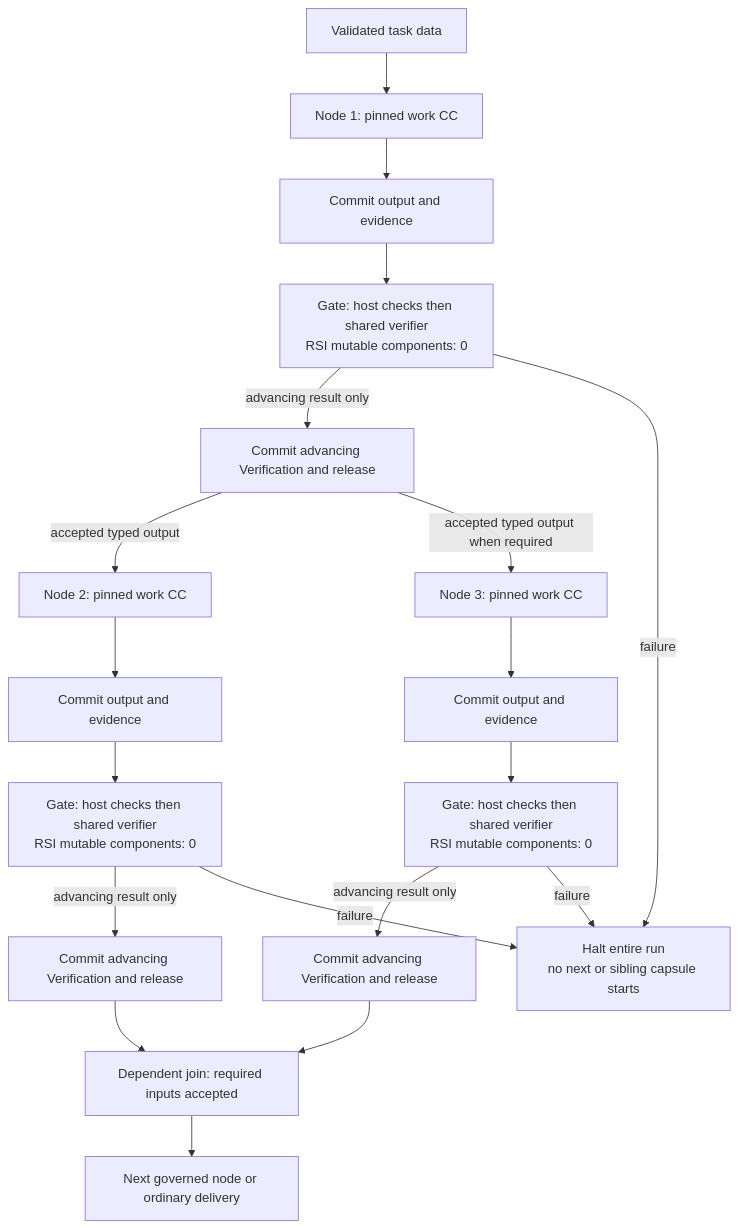
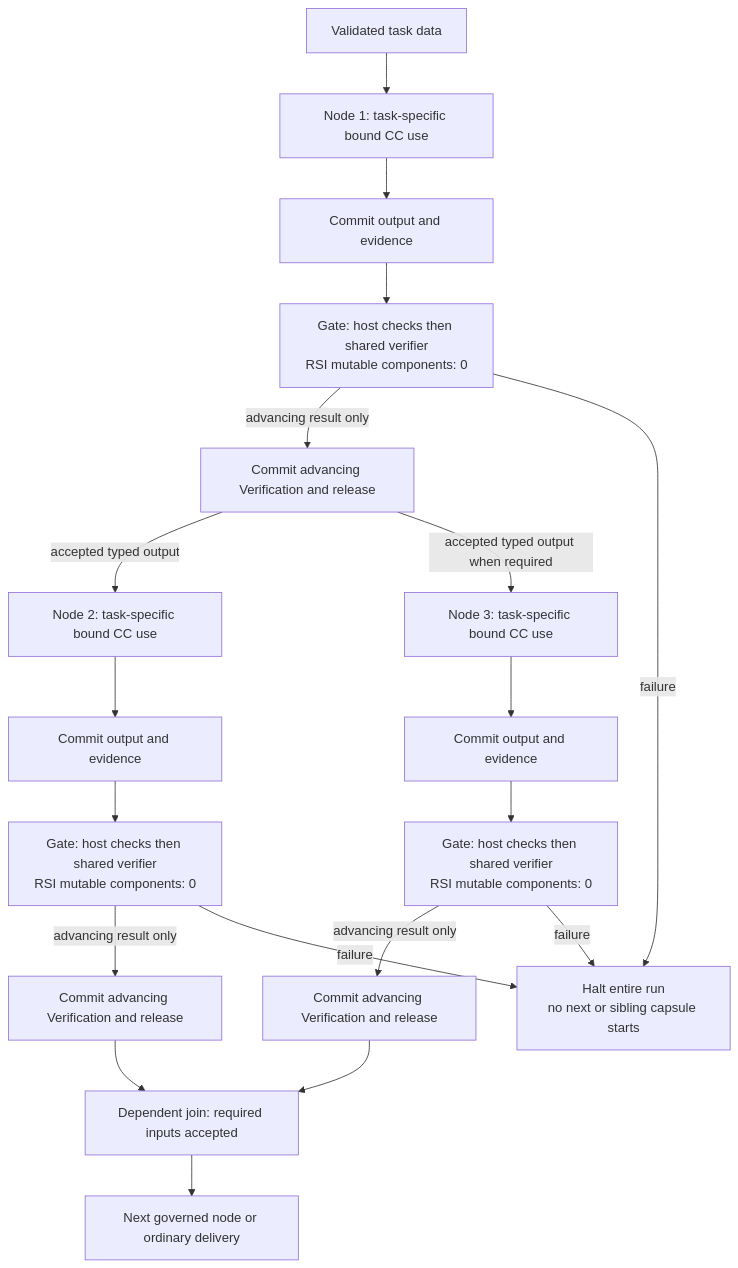
The diagram in docs/architecture/presentation/showcase/capsules.md (Stellven/jiuwenswarm), drawn with Mermaid before and after one commit. The commit also changed other lines of this file and 38 other files, not shown here.

Commit message:
Reconcile M1 information flow and Markdown around fixed preparation and planned DAG

````diff
--- a/docs/architecture/presentation/showcase/capsules.md
+++ b/docs/architecture/presentation/showcase/capsules.md
@@ -52,17 +52,17 @@
 ```mermaid
 flowchart TB
-  INPUT["Validated task data"] --> N1["Node 1: pinned work CC"]
+  INPUT["Validated task data"] --> N1["Node 1: task-specific bound CC use"]
   N1 --> S1["Commit output and evidence"]
   S1 --> G1["Gate: host checks then shared verifier<br/>RSI mutable components: 0"]
   G1 -->|"advancing result only"| R1["Commit advancing Verification and release"]
-  R1 -->|"accepted typed output"| N2["Node 2: pinned work CC"]
-  R1 -->|"accepted typed output when required"| N3["Node 3: pinned work CC"]
+  R1 -->|"accepted typed output"| N2["Node 2: task-specific bound CC use"]
+  R1 -->|"accepted typed output when required"| N3["Node 3: task-specific bound CC use"]
   N2 --> S2["Commit output and evidence"] --> G2["Gate: host checks then shared verifier<br/>RSI mutable components: 0"] -->|"advancing result only"| R2["Commit advancing Verification and release"]
   N3 --> S3["Commit output and evidence"] --> G3["Gate: host checks then shared verifier<br/>RSI mutable components: 0"] -->|"advancing result only"| R3["Commit advancing Verification and release"]
   R2 --> JOIN["Dependent join: required inputs accepted"]
   R3 --> JOIN
   JOIN --> END["Next governed node or ordinary delivery"]
   G1 -->|"failure"| STOP["Halt entire run<br/>no next or sibling capsule starts"]
   G2 -->|"failure"| STOP
   G3 -->|"failure"| STOP
 ```
````
